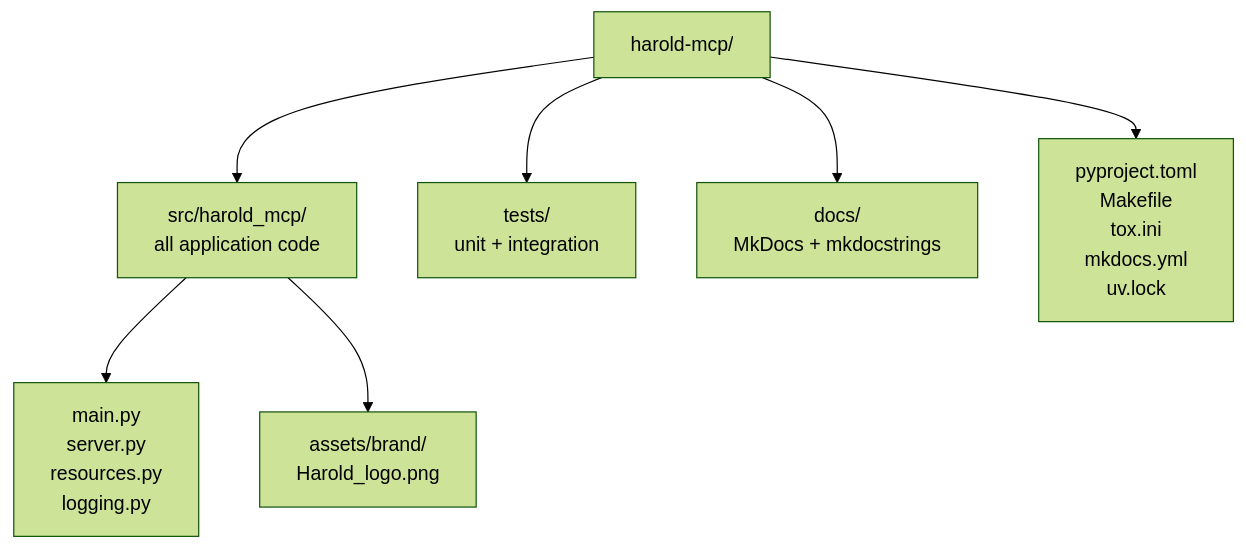
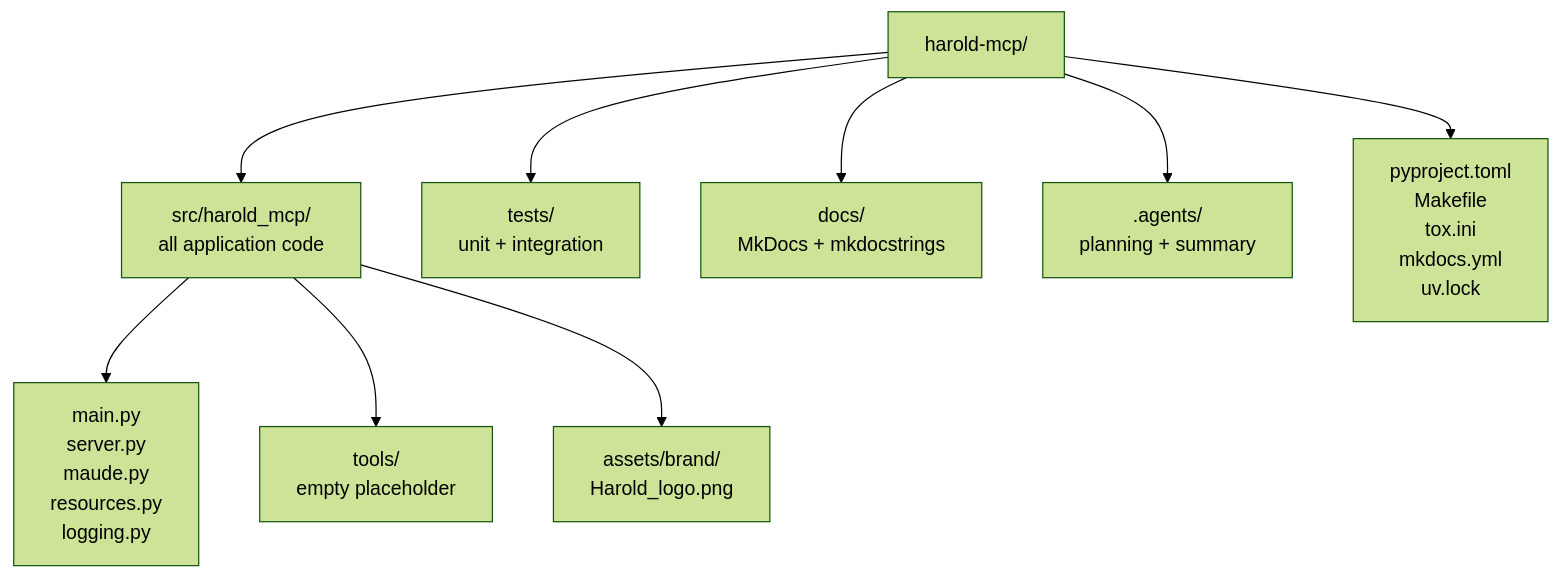
The diagram in harold-mcp/AGENTS.md (demiourgoi/Harold), drawn with Mermaid (forest theme) before and after one commit. The commit also changed other lines of this file and 8 other files, not shown here.

````diff
--- a/harold-mcp/AGENTS.md
+++ b/harold-mcp/AGENTS.md
@@ -38,9 +38,11 @@
 ```mermaid
 graph TB
     R[harold-mcp/] --> S[src/harold_mcp/<br>all application code]
     R --> T[tests/<br>unit + integration]
     R --> D[docs/<br>MkDocs + mkdocstrings]
-    S --> M[main.py<br>server.py<br>resources.py<br>logging.py]
+    R --> A2[.agents/<br>planning + summary]
+    S --> M[main.py<br>server.py<br>maude.py<br>resources.py<br>logging.py]
+    S --> TO[tools/<br>empty placeholder]
     S --> A[assets/brand/<br>Harold_logo.png]
     R --> C[pyproject.toml<br>Makefile<br>tox.ini<br>mkdocs.yml<br>uv.lock]
 ```
````
